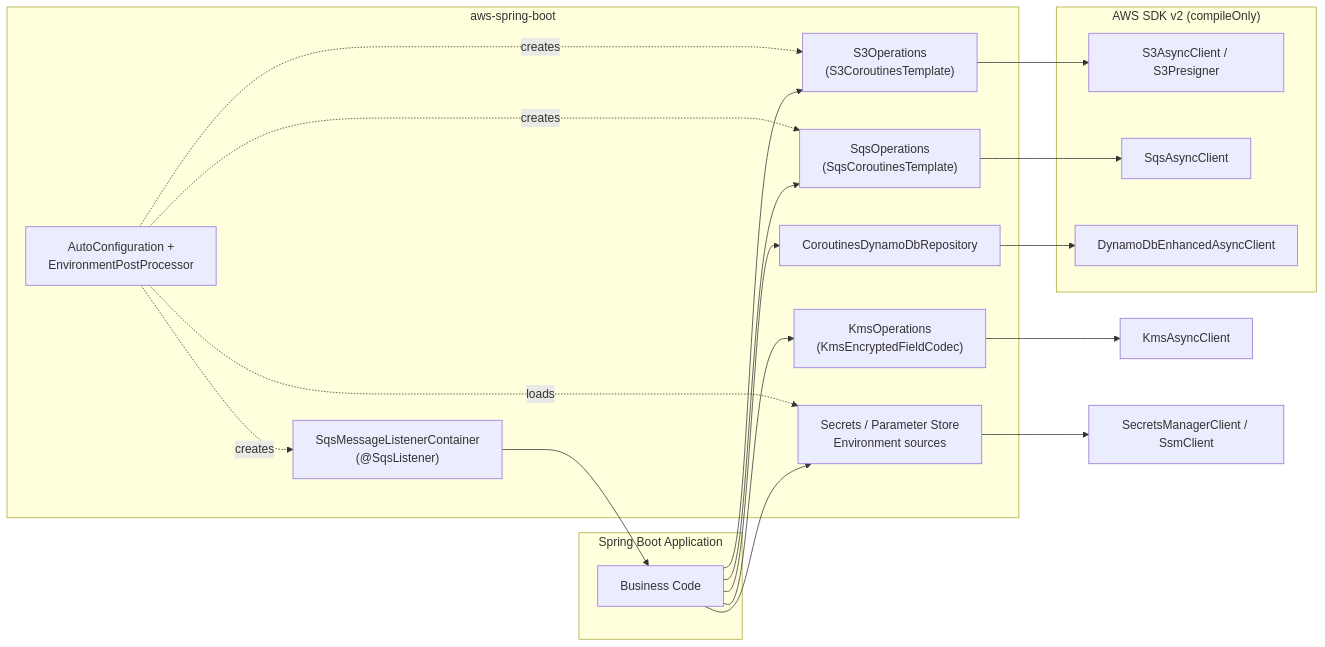
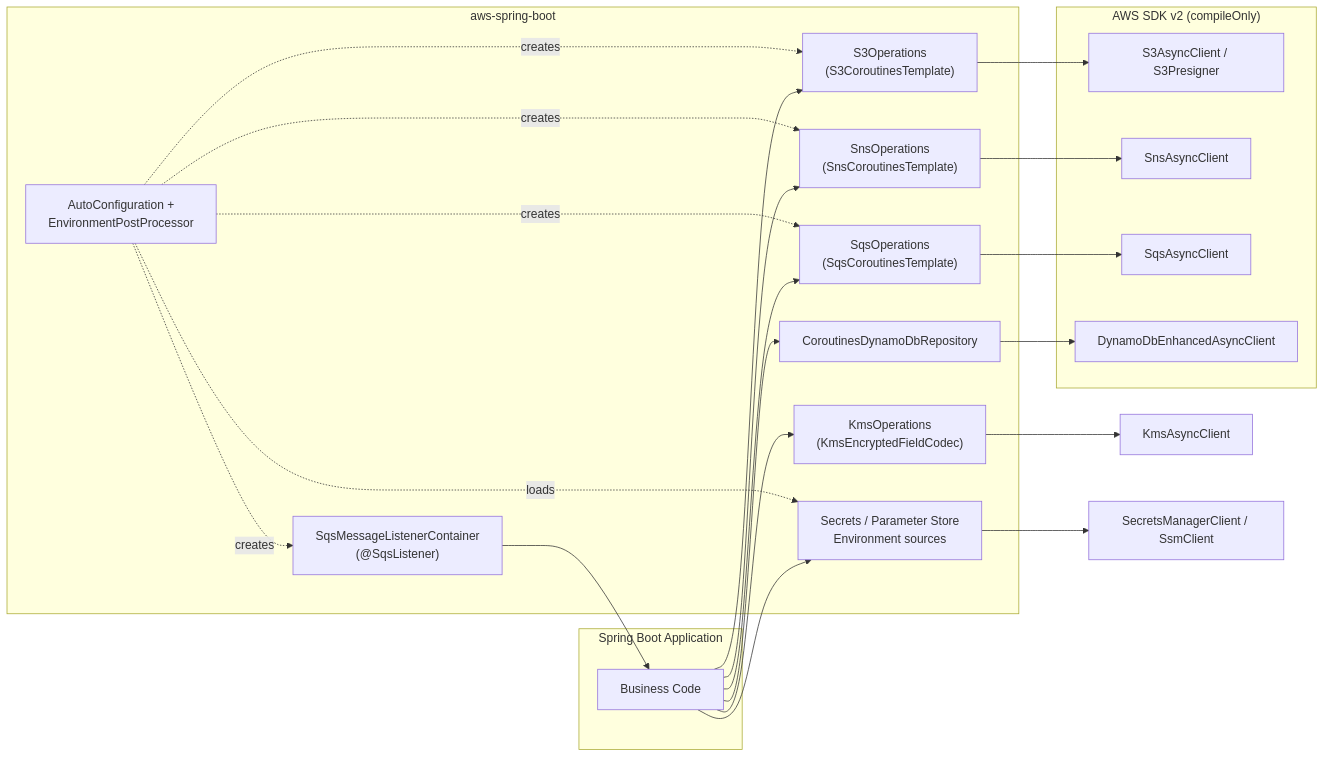
Before and after one commit to bluetape4k/bluetape4k-aws: the diagram in aws-spring-boot/README.ko.md, drawn with Mermaid. The commit also changed other lines of this file and 14 other files, not shown here.

````diff
--- a/aws-spring-boot/README.ko.md
+++ b/aws-spring-boot/README.ko.md
@@ -11,36 +11,41 @@
 ```mermaid
 flowchart LR
     subgraph App["Spring Boot Application"]
         BIZ["Business Code"]
     end
     subgraph Module["aws-spring-boot"]
         S3OPS["S3Operations\n(S3CoroutinesTemplate)"]
+        SNSOPS["SnsOperations\n(SnsCoroutinesTemplate)"]
         SQSOPS["SqsOperations\n(SqsCoroutinesTemplate)"]
         DYN["CoroutinesDynamoDbRepository"]
         KMS["KmsOperations\n(KmsEncryptedFieldCodec)"]
         ENV["Secrets / Parameter Store\nEnvironment sources"]
         LISTENER["SqsMessageListenerContainer\n(@SqsListener)"]
         AUTO["AutoConfiguration +\nEnvironmentPostProcessor"]
     end
     subgraph SDK["AWS SDK v2 (compileOnly)"]
         S3CLI["S3AsyncClient / S3Presigner"]
+        SNSCLI["SnsAsyncClient"]
         SQSCLI["SqsAsyncClient"]
         DYNCLI["DynamoDbEnhancedAsyncClient"]
     end
 
     BIZ --> S3OPS
+    BIZ --> SNSOPS
     BIZ --> SQSOPS
     BIZ --> DYN
     BIZ --> KMS
     BIZ --> ENV
     LISTENER --> BIZ
     AUTO -.creates.-> S3OPS
+    AUTO -.creates.-> SNSOPS
     AUTO -.creates.-> SQSOPS
     AUTO -.creates.-> LISTENER
     AUTO -.loads.-> ENV
     S3OPS --> S3CLI
+    SNSOPS --> SNSCLI
     SQSOPS --> SQSCLI
     DYN --> DYNCLI
     KMS --> KMSCLI["KmsAsyncClient"]
     ENV --> SECCLI["SecretsManagerClient / SsmClient"]
 ```
````
